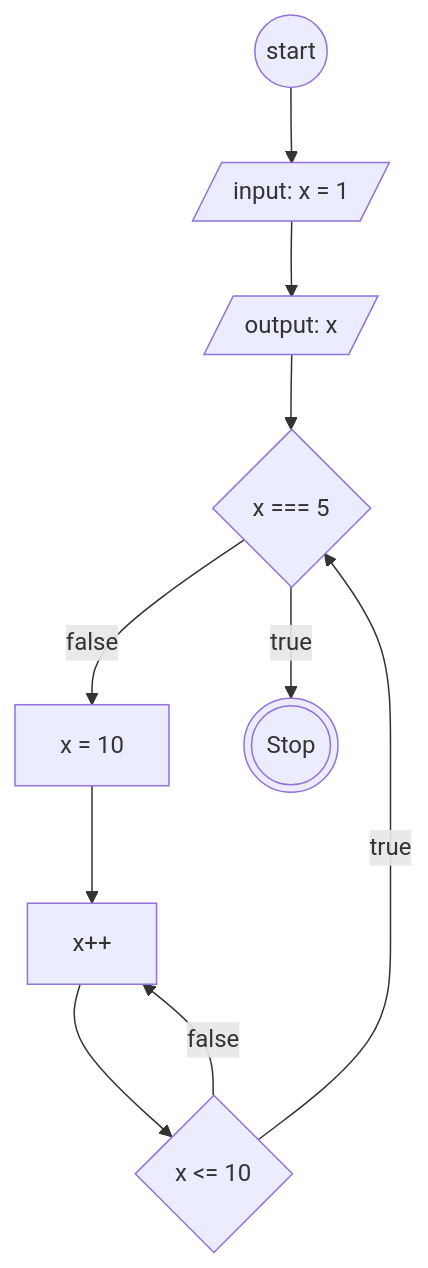
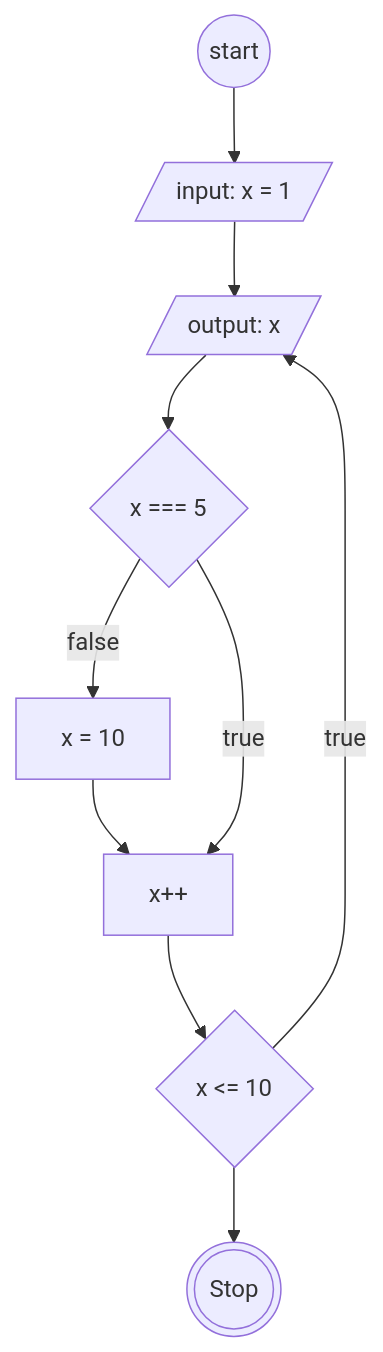
The second of 2 diagrams in flowchart-loop.md (AbiPasundan/koda-b6-javascript1), drawn with Mermaid before and after one commit.

````diff
--- a/flowchart-loop.md
+++ b/flowchart-loop.md
@@ -41,23 +41,23 @@
 ```mermaid
     flowchart TB
         Start@{ shape: circ, label: "start"}
         InitialVar@{ shape: lean-r, label: "input: x = 1"}
         PrintX@{ shape: lean-r, label: "output: x"}
 
         If@{ shape: diamond, label: "x === 5"}
         IfTrue@{ shape: rect, label: "x = 10"}
 
         Condition@{ shape: rect, label: "x++"}
 
         Check@{ shape: diamond, label: "x <= 10"}
 
         Stop@{ shape: dbl-circ, label: "Stop"}
 
-        Start-->InitialVar-->PrintX-->If-->|false|IfTrue-->Condition-->Check-->|true|If
+        Start-->InitialVar-->PrintX-->If-->|false|IfTrue-->Condition-->Check
 
-        If-->|true|Stop
+        If-->|true|Condition
 
-        Check-->|false|Condition
-
+        Check-->|true|PrintX
+        Check-->Stop
         
 ```
````
